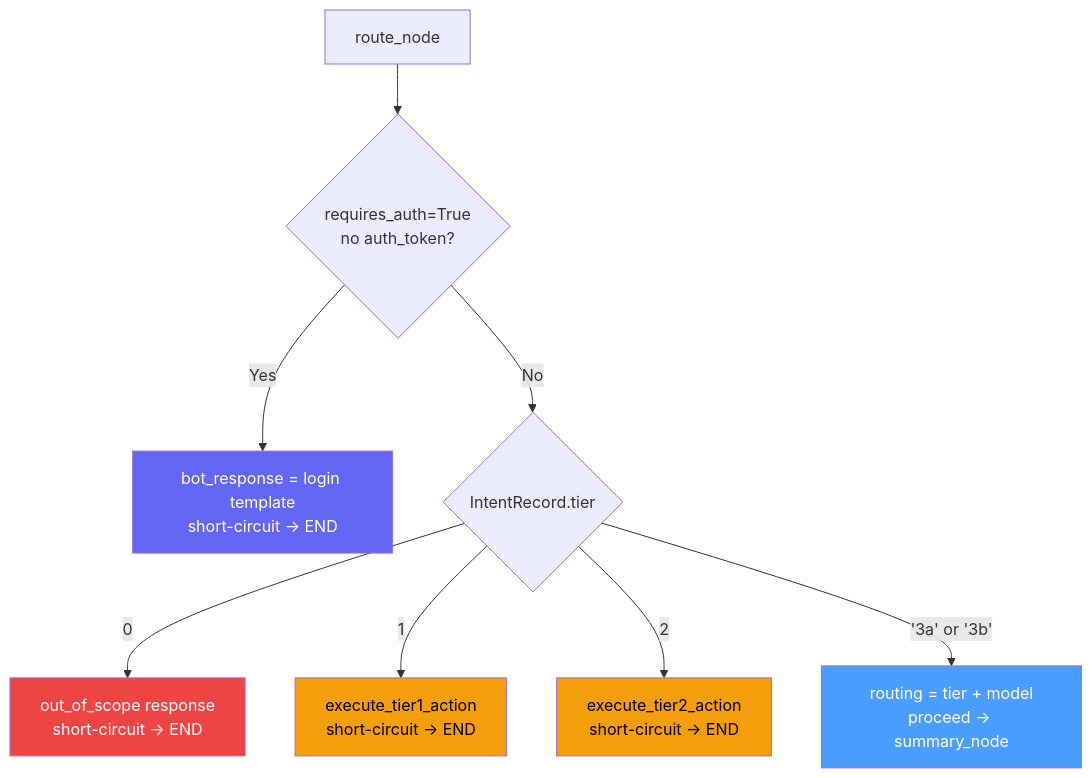
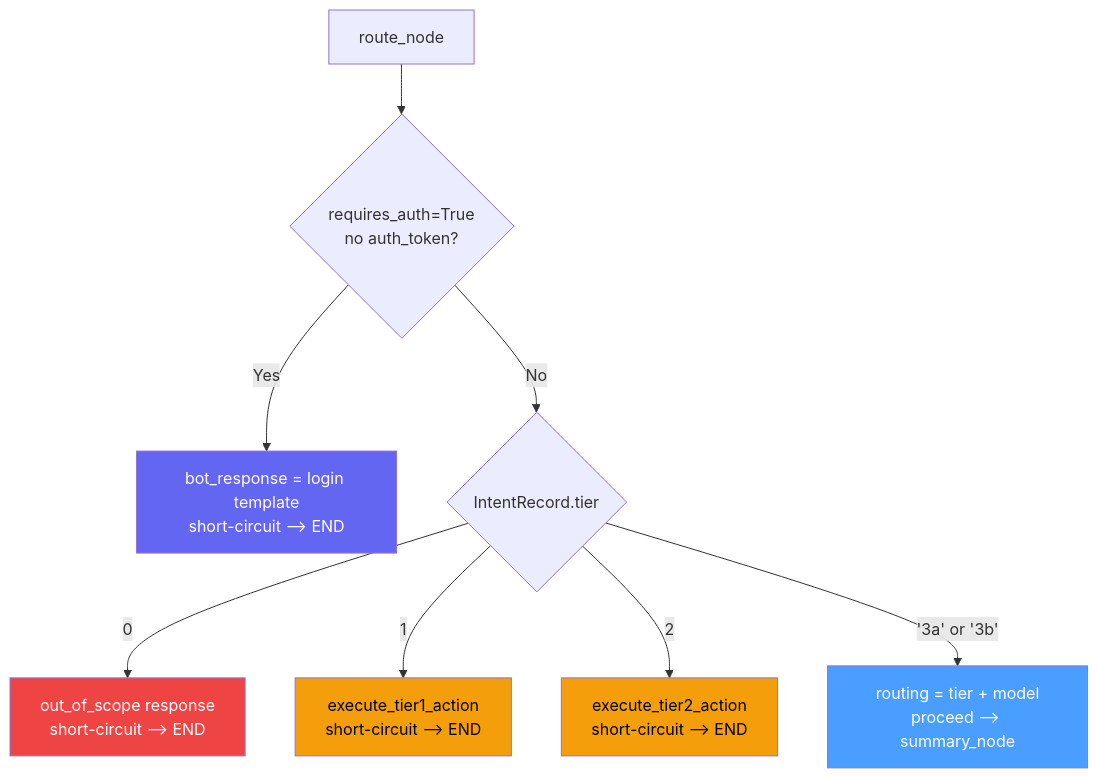
One commit to sachin-hg/chat-bot changed the third of 3 diagrams in docs/pipeline/processing-nodes.md. Above: the diagram before and after it, drawn with Mermaid. The commit also changed other lines of this file and 15 other files, not shown here.

````diff
--- a/docs/pipeline/processing-nodes.md
+++ b/docs/pipeline/processing-nodes.md
@@ -169,16 +176,16 @@
 ```mermaid
 flowchart TD
     RN[route_node] --> A1{requires_auth=True\nno auth_token?}
-    A1 -->|Yes| SC_AUTH[bot_response = login template\nshort-circuit → END]
+    A1 -->|Yes| SC_AUTH[bot_response = login template\nshort-circuit --> END]
     A1 -->|No| T{IntentRecord.tier}
-    T -->|0| SC0[out_of_scope response\nshort-circuit → END]
-    T -->|1| SC1[execute_tier1_action\nshort-circuit → END]
-    T -->|2| SC2[execute_tier2_action\nshort-circuit → END]
-    T -->|'3a' or '3b'| LLM[routing = tier + model\nproceed → summary_node]
+    T -->|0| SC0[out_of_scope response\nshort-circuit --> END]
+    T -->|1| SC1[execute_tier1_action\nshort-circuit --> END]
+    T -->|2| SC2[execute_tier2_action\nshort-circuit --> END]
+    T -->|'3a' or '3b'| LLM[routing = tier + model\nproceed --> summary_node]
 
     style SC_AUTH fill:#6366f1,color:#fff
     style SC0 fill:#ef4444,color:#fff
     style SC1 fill:#f59e0b,color:#000
     style SC2 fill:#f59e0b,color:#000
     style LLM fill:#4a9eff,color:#fff
 ```
````
